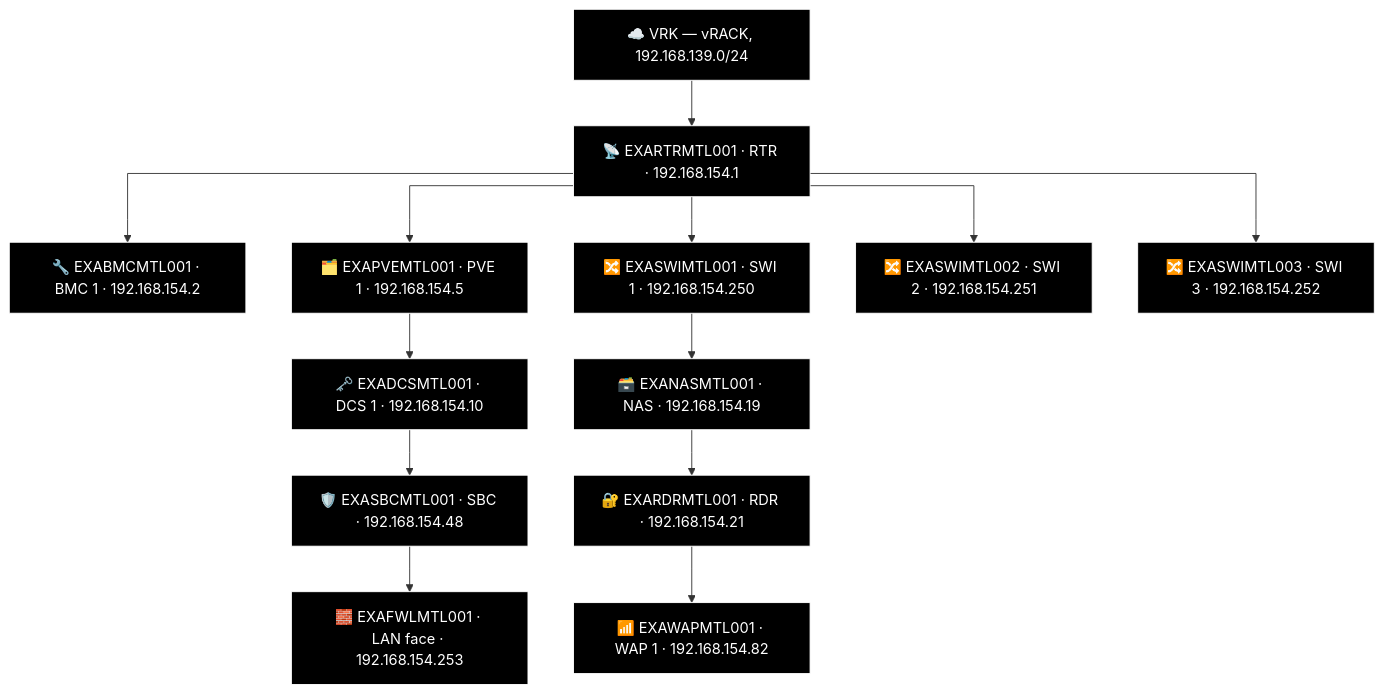
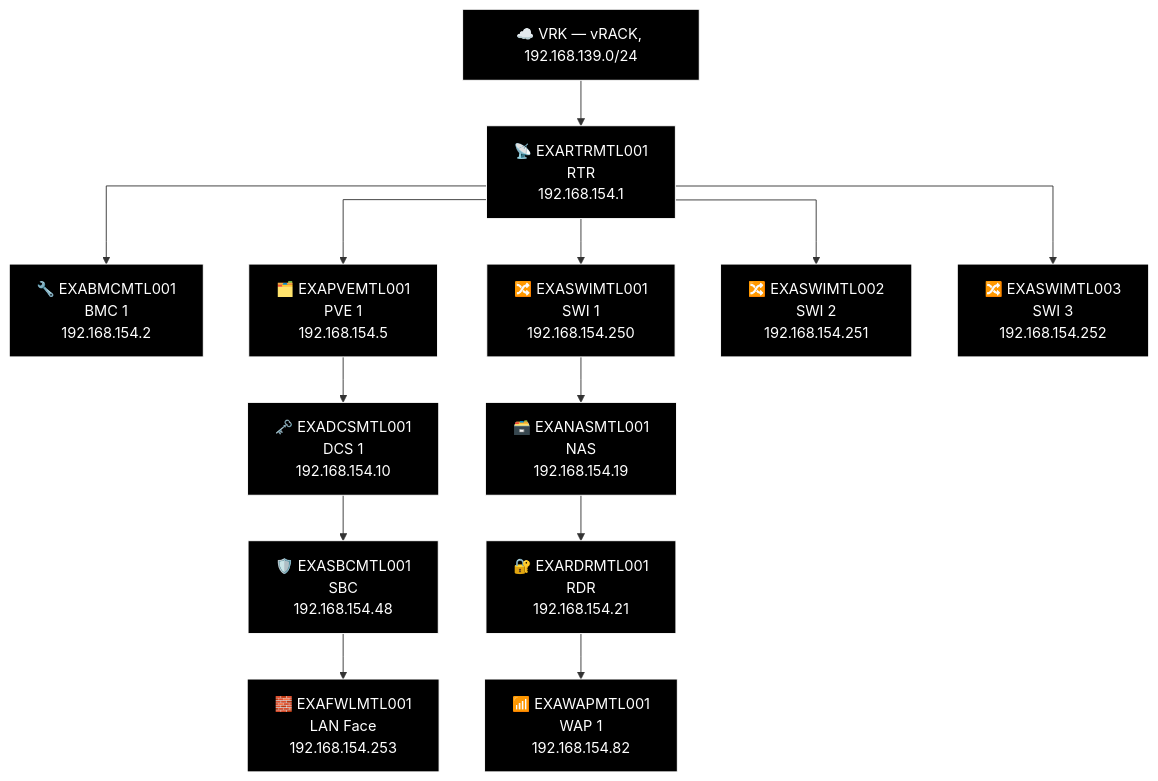
The sixth of 6 diagrams in docs/network-diagram/canada.md (knightmare2600/example_music_infra), drawn with Mermaid before and after one commit. The commit also changed other lines of this file and 18 other files, not shown here.

````diff
--- a/docs/network-diagram/canada.md
+++ b/docs/network-diagram/canada.md
@@ -224,40 +224,40 @@
 ```mermaid
 %% GENERATED:TOPOLOGY:MTL:START
 %%{init: {'flowchart': {'curve': 'stepAfter'}}}%%
 graph TD
     T_VRK["☁️ VRK — vRACK, 192.168.139.0/24"]
-    T_RTR["📡 EXARTRMTL001 · RTR · 192.168.154.1"]
+    T_RTR["📡 EXARTRMTL001<br/>RTR<br/>192.168.154.1"]
     T_VRK --> T_RTR
-    T_BMC["🔧 EXABMCMTL001 · BMC 1 · 192.168.154.2"]
+    T_BMC["🔧 EXABMCMTL001<br/>BMC 1<br/>192.168.154.2"]
     T_RTR --> T_BMC
-    T_PVE["🗂️ EXAPVEMTL001 · PVE 1 · 192.168.154.5"]
+    T_PVE["🗂️ EXAPVEMTL001<br/>PVE 1<br/>192.168.154.5"]
     T_RTR --> T_PVE
-    T_SWI["🔀 EXASWIMTL001 · SWI 1 · 192.168.154.250"]
+    T_SWI["🔀 EXASWIMTL001<br/>SWI 1<br/>192.168.154.250"]
     T_RTR --> T_SWI
-    T_SWI2["🔀 EXASWIMTL002 · SWI 2 · 192.168.154.251"]
+    T_SWI2["🔀 EXASWIMTL002<br/>SWI 2<br/>192.168.154.251"]
     T_RTR --> T_SWI2
-    T_SWI3["🔀 EXASWIMTL003 · SWI 3 · 192.168.154.252"]
+    T_SWI3["🔀 EXASWIMTL003<br/>SWI 3<br/>192.168.154.252"]
     T_RTR --> T_SWI3
-    T_NAS["🗃️ EXANASMTL001 · NAS · 192.168.154.19"]
-    T_RDR["🔐 EXARDRMTL001 · RDR · 192.168.154.21"]
-    T_WAP["📶 EXAWAPMTL001 · WAP 1 · 192.168.154.82"]
+    T_NAS["🗃️ EXANASMTL001<br/>NAS<br/>192.168.154.19"]
+    T_RDR["🔐 EXARDRMTL001<br/>RDR<br/>192.168.154.21"]
+    T_WAP["📶 EXAWAPMTL001<br/>WAP 1<br/>192.168.154.82"]
     T_SWI --> T_NAS --> T_RDR --> T_WAP
-    T_DCS["🗝️ EXADCSMTL001 · DCS 1 · 192.168.154.10"]
-    T_SBC["🛡️ EXASBCMTL001 · SBC · 192.168.154.48"]
-    T_FWL["🧱 EXAFWLMTL001 · LAN face · 192.168.154.253"]
+    T_DCS["🗝️ EXADCSMTL001<br/>DCS 1<br/>192.168.154.10"]
+    T_SBC["🛡️ EXASBCMTL001<br/>SBC<br/>192.168.154.48"]
+    T_FWL["🧱 EXAFWLMTL001<br/>LAN Face<br/>192.168.154.253"]
     T_PVE --> T_DCS --> T_SBC --> T_FWL
     style T_VRK fill:#000000,stroke:#FFFFFF,color:#FFFFFF
     style T_RTR fill:#000000,stroke:#FFFFFF,color:#FFFFFF
     style T_BMC fill:#000000,stroke:#FFFFFF,color:#FFFFFF
     style T_PVE fill:#000000,stroke:#FFFFFF,color:#FFFFFF
     style T_SWI fill:#000000,stroke:#FFFFFF,color:#FFFFFF
     style T_SWI2 fill:#000000,stroke:#FFFFFF,color:#FFFFFF
     style T_SWI3 fill:#000000,stroke:#FFFFFF,color:#FFFFFF
     style T_NAS fill:#000000,stroke:#FFFFFF,color:#FFFFFF
     style T_RDR fill:#000000,stroke:#FFFFFF,color:#FFFFFF
     style T_WAP fill:#000000,stroke:#FFFFFF,color:#FFFFFF
     style T_DCS fill:#000000,stroke:#FFFFFF,color:#FFFFFF
     style T_SBC fill:#000000,stroke:#FFFFFF,color:#FFFFFF
     style T_FWL fill:#000000,stroke:#FFFFFF,color:#FFFFFF
 %% GENERATED:TOPOLOGY:MTL:END
 ```
````
